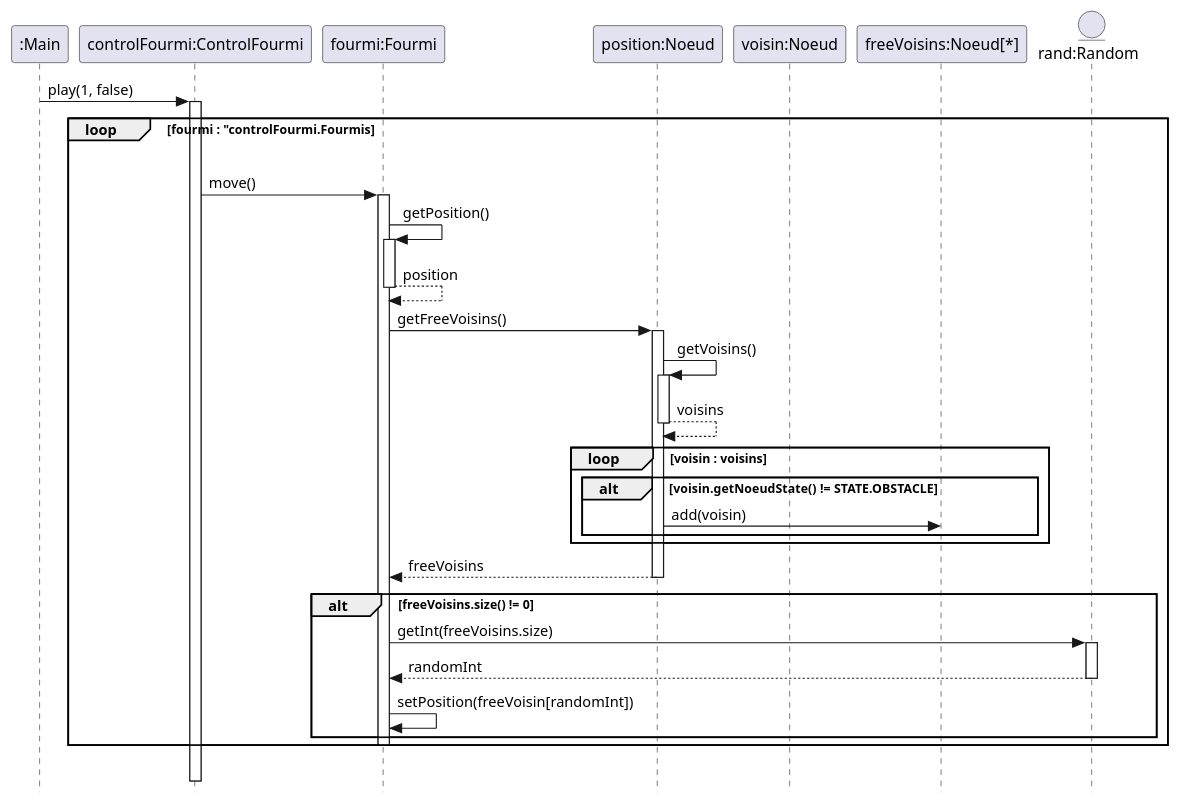
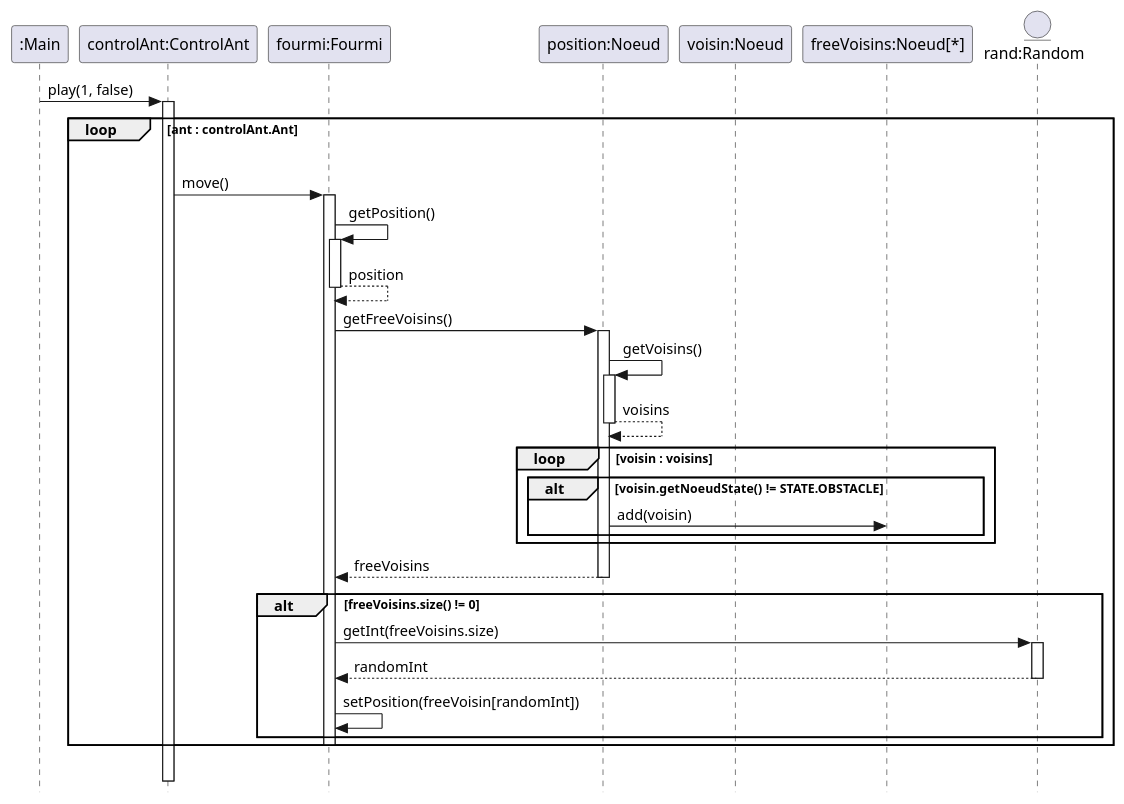
One commit to ErenMustafaGit/ColonieFourmis changed the diagram in src/main/uml/Fourmis_DS.puml. Above: the diagram before and after it, drawn with PlantUML. The commit also changed 17 other files, not shown here.

```diff
--- a/src/main/uml/Fourmis_DS.puml
+++ b/src/main/uml/Fourmis_DS.puml
@@ -1,78 +1,78 @@
 @startuml
 'https://plantuml.com/sequence-diagram
 skinparam style strictuml
 'autonumber
 hide footbox
 
 'title Méthode jouer()
 participant ":Main" as main
-participant "controlFourmi:ControlFourmi" as controlFourmi
-participant "fourmi:Fourmi" as fourmi
+participant "controlAnt:ControlAnt" as controlAnt
+participant "fourmi:Fourmi" as ant
 participant "position:Noeud" as position
 participant "voisin:Noeud" as voisin
 participant "freeVoisins:Noeud[*]" as freeVoisins
 entity "rand:Random" as random
 
 'Pour le bitset.. prof a dit pas besoin
 'participant ":Graphe" as graphe
 'participant "bitPlay:BitSet[][]" as bitPlay
 'participant "bitPlay[i][j]:BitSet" as bitSet
 
-main -> controlFourmi ++ : play(1, false)
-    loop fourmi : "controlFourmi.Fourmis
+main -> controlAnt ++ : play(1, false)
+    loop ant : controlAnt.Ant
     |||
-        controlFourmi -> fourmi ++ : move()
-        fourmi -> fourmi  ++ : getPosition()
+        controlAnt -> ant ++ : move()
+        ant -> ant  ++ : getPosition()
         return position
 
-        fourmi -> position ++ : getFreeVoisins()
+        ant -> position ++ : getFreeVoisins()
             position -> position ++ : getVoisins()
             return voisins
             loop voisin : voisins
                 alt voisin.getNoeudState() != STATE.OBSTACLE
                     position -> freeVoisins : add(voisin)
                 end
             end
         return freeVoisins
 
 
 
         alt freeVoisins.size() != 0
             'nextInt() en Java
-            fourmi -> random ++ : getInt(freeVoisins.size)
+            ant -> random ++ : getInt(freeVoisins.size)
             return randomInt
 
-            fourmi -> fourmi : setPosition(freeVoisin[randomInt])
+            ant -> ant : setPosition(freeVoisin[randomInt])
         end
-        deactivate fourmi
+        deactivate ant
     end
 |||
     'controlFourmi -> graphe ++ : getHeight
     'return height
     'controlFourmi -> graphe ++ : getWidth
     'return width
 
     'create bitPlay
     'controlFourmi -->> bitPlay : instanciate(height, width)
         'loop height
             'loop width
                 'create bitSet
                 'controlFourmi -->> bitSet : instanciate(7)
 
                 'controlFourmi -> graphe ++ : getNoeud(height,width)
                 'return noeud
                 'alt noeud.getNoeudState == STATE.ANTHILL
                     'controlFourmi -> bitSet : set(0,true)
                 'end
                 'alt noeud.getNoeudState == STATE.ANTHILL
                     'controlFourmi -> bitSet : set(0,true)
                 'end
             'end
             'return bitPlay
         'end
 
-deactivate controlFourmi
+deactivate controlAnt
 
 
 
 @enduml
```
